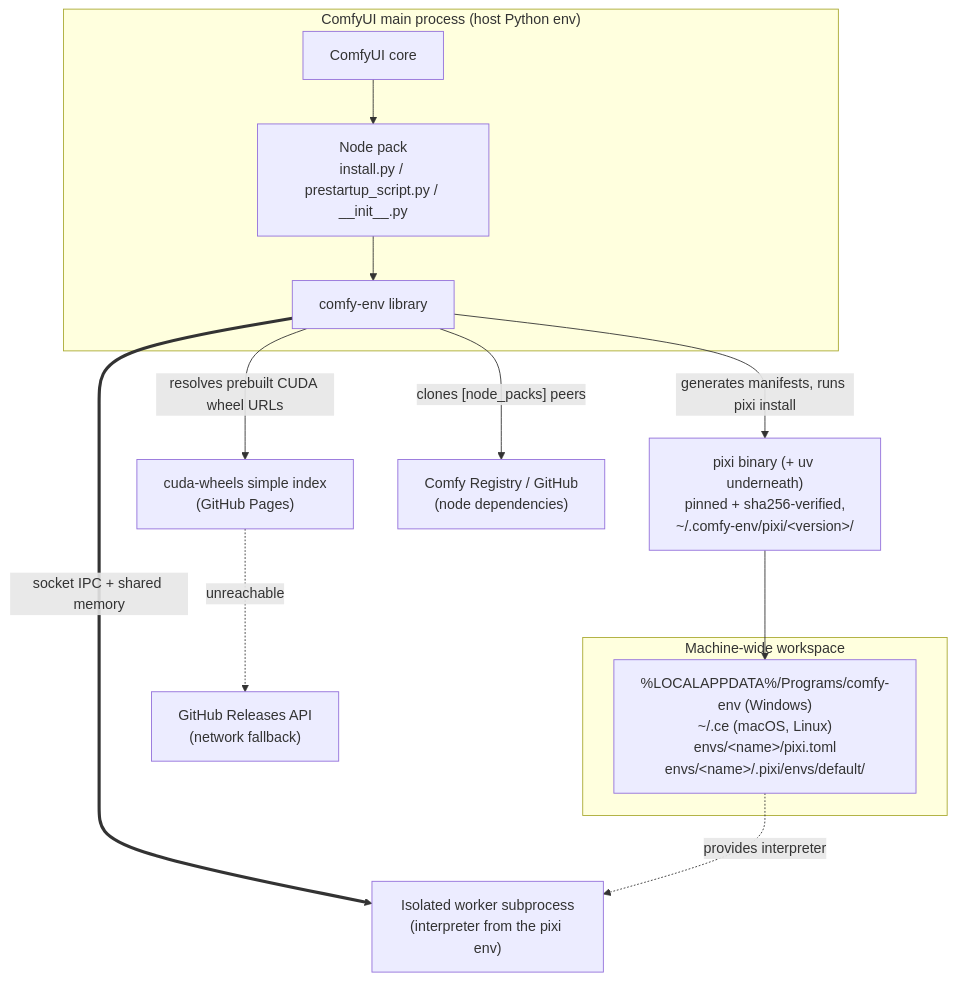
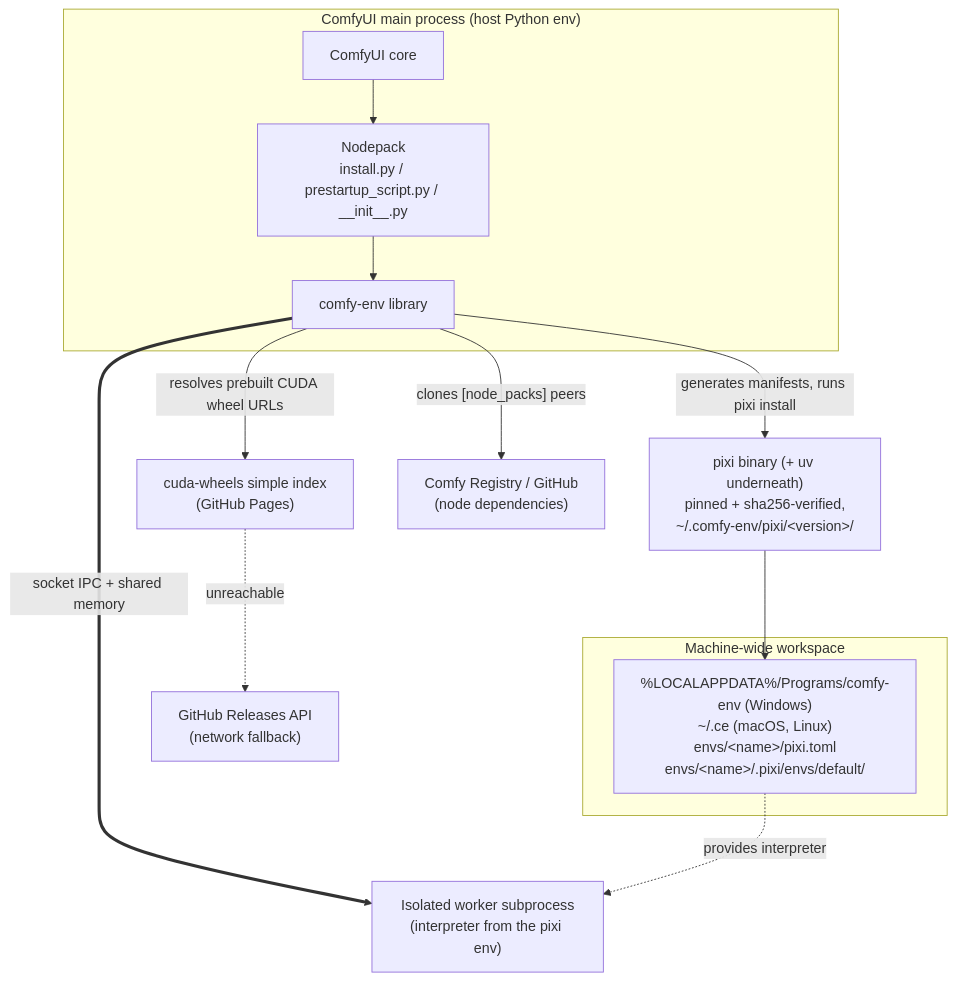
The diagram in docs/comfy-env/index.md (Comfy-Forge/comfy-forge-docs), drawn with Mermaid before and after one commit. The commit also changed other lines of this file and 19 other files, not shown here.

````diff
--- a/docs/comfy-env/index.md
+++ b/docs/comfy-env/index.md
@@ -157,27 +157,27 @@
 ```mermaid
 flowchart TD
     subgraph host["ComfyUI main process (host Python env)"]
         comfyui["ComfyUI core"]
-        pack["Node pack<br/>install.py / prestartup_script.py / __init__.py"]
+        pack["Nodepack<br/>install.py / prestartup_script.py / __init__.py"]
         ce["comfy-env library"]
         comfyui --> pack --> ce
     end
 
     subgraph ws["Machine-wide workspace"]
         env1["%LOCALAPPDATA%/Programs/comfy-env (Windows)<br/>~/.ce (macOS, Linux)<br/>envs/&lt;name&gt;/pixi.toml<br/>envs/&lt;name&gt;/.pixi/envs/default/"]
     end
 
     worker["Isolated worker subprocess<br/>(interpreter from the pixi env)"]
     pixi["pixi binary (+ uv underneath)<br/>pinned + sha256-verified,<br/>~/.comfy-env/pixi/&lt;version&gt;/"]
     idx["cuda-wheels simple index<br/>(GitHub Pages)"]
     rel["GitHub Releases API<br/>(network fallback)"]
     reg["Comfy Registry / GitHub<br/>(node dependencies)"]
 
     ce -->|"generates manifests, runs pixi install"| pixi
     pixi --> env1
     ce -->|"resolves prebuilt CUDA wheel URLs"| idx
     idx -.->|"unreachable"| rel
     ce -->|"clones [node_packs] peers"| reg
     ce ==>|"socket IPC + shared memory"| worker
     env1 -.->|"provides interpreter"| worker
 ```
````
